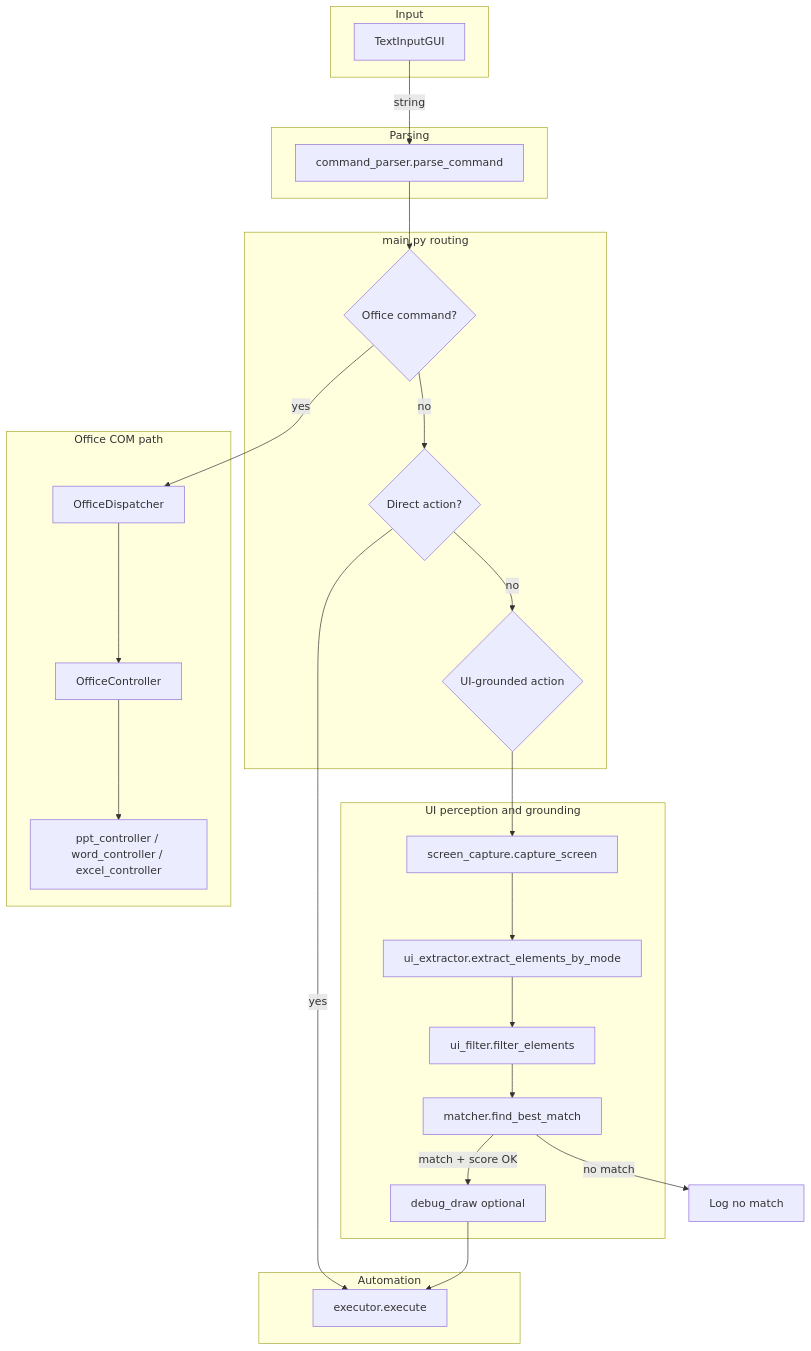
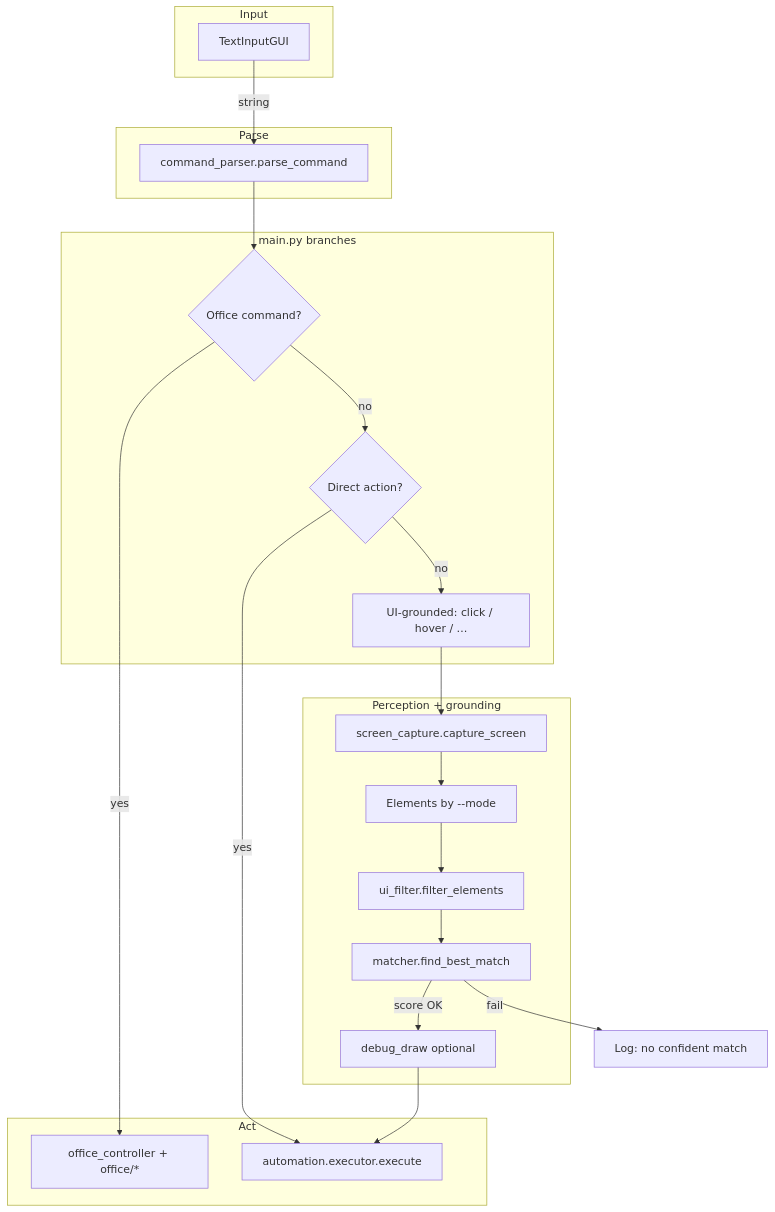
The diagram in README.md (sumin-ma-1/voice-ui), drawn with Mermaid before and after one commit. The commit also changed other lines of this file, not shown here.

Commit message:
Revise README.md to update project description and clarify main flow. Simplify entry point details and restructure sections for better readability. Enhance explanations of input, parsing, and automation processes.

````diff
--- a/README.md
+++ b/README.md
@@ -185,48 +9,39 @@
 ```mermaid
 flowchart TD
-    subgraph input [Input]
+    subgraph in [Input]
         GUI[TextInputGUI]
     end
 
-    subgraph parse [Parsing]
-        P[command_parser.parse_command]
+    subgraph parse [Parse]
+        PC[command_parser.parse_command]
     end
 
-    subgraph branch [main.py routing]
-        D1{Office command?}
-        D2{Direct action?}
-        D3{UI-grounded action}
+    subgraph route [main.py branches]
+        O{Office command?}
+        D{Direct action?}
+        G[UI-grounded: click / hover / …]
     end
 
-    subgraph office [Office COM path]
-        OD[OfficeDispatcher]
-        OC[OfficeController]
-        Apps[ppt_controller / word_controller / excel_controller]
-    end
-
-    subgraph ui [UI perception and grounding]
+    subgraph ground [Perception + grounding]
         CAP[screen_capture.capture_screen]
-        EXT[ui_extractor.extract_elements_by_mode]
+        EXT[Elements by --mode]
         FLT[ui_filter.filter_elements]
-        M[matcher.find_best_match]
+        MAT[matcher.find_best_match]
         DBG[debug_draw optional]
     end
 
-    subgraph act [Automation]
-        EX[executor.execute]
+    subgraph out [Act]
+        OC[office_controller + office/*]
+        EX[automation.executor.execute]
     end
 
-    GUI -->|string| P
-    P --> D1
-    D1 -->|yes| OD --> OC --> Apps
-    D1 -->|no| D2
-    D2 -->|yes| EX
-    D2 -->|no| D3
-    D3 --> CAP
-    CAP --> EXT
-    EXT --> FLT
-    FLT --> M
-    M -->|match + score OK| DBG
-    DBG --> EX
-    M -->|no match| X[Log no match]
+    GUI -->|string| PC
+    PC --> O
+    O -->|yes| OC
+    O -->|no| D
+    D -->|yes| EX
+    D -->|no| G
+    G --> CAP --> EXT --> FLT --> MAT
+    MAT -->|score OK| DBG --> EX
+    MAT -->|fail| NM[Log: no confident match]
 ```
````
